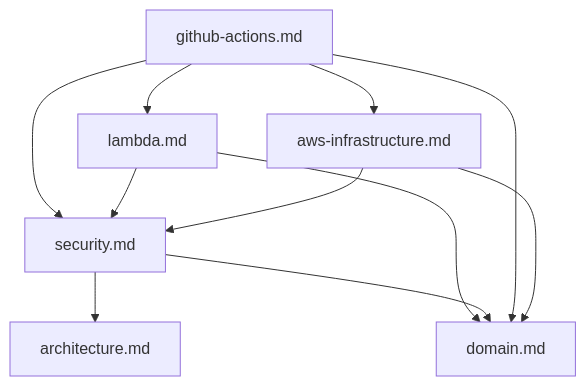
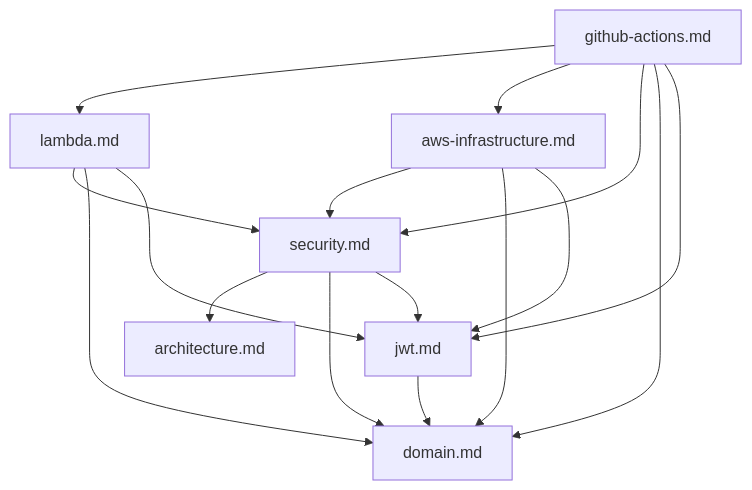
The second of 2 diagrams in docs/contributing/docs-policy.md (tmknom/gates), drawn with Mermaid before and after one commit. The commit also changed other lines of this file and 14 other files, not shown here.

````diff
--- a/docs/contributing/docs-policy.md
+++ b/docs/contributing/docs-policy.md
@@ -107,13 +108,18 @@
 ```mermaid
 flowchart TD
     actions["github-actions.md"] --> lambda["lambda.md"]
     actions --> infra["aws-infrastructure.md"]
     actions --> security["security.md"]
     lambda --> security
     infra --> security
     security --> architecture["architecture.md"]
     lambda --> domain["domain.md"]
     security --> domain
     actions --> domain
     infra --> domain
+    lambda --> jwt["jwt.md"]
+    infra --> jwt
+    security --> jwt
+    actions --> jwt
+    jwt --> domain
 ```
````
